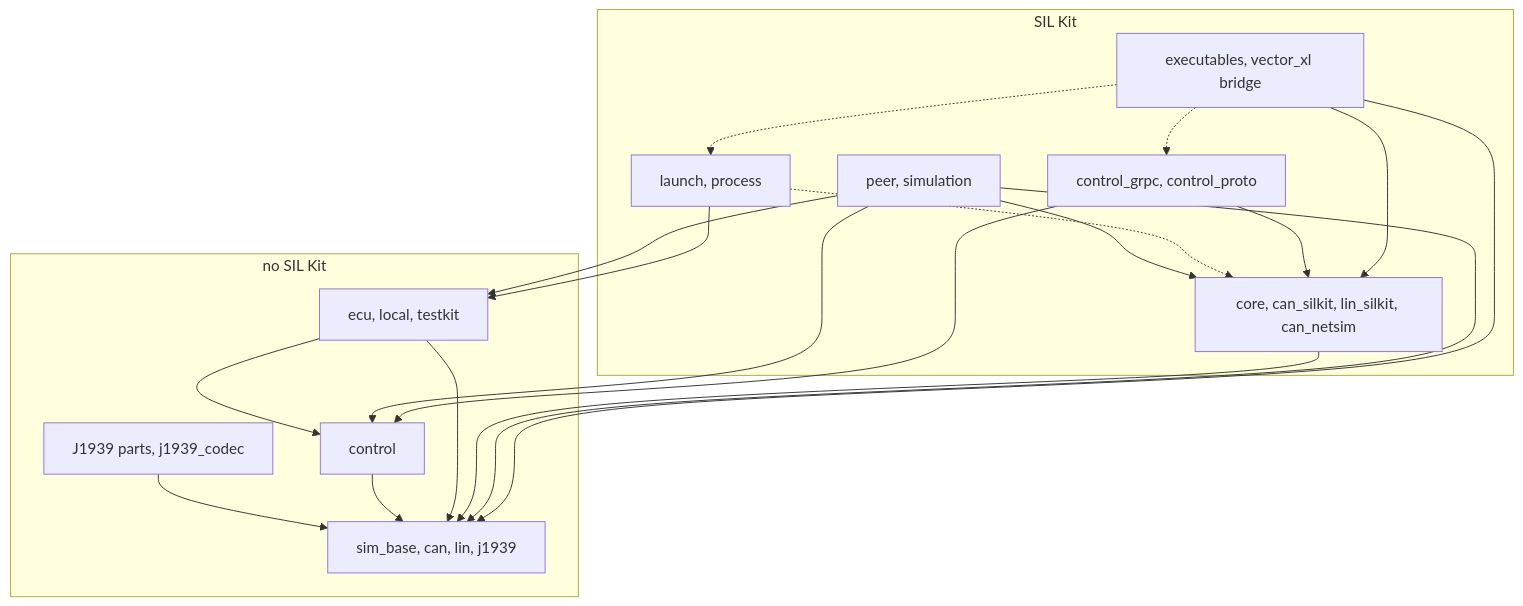
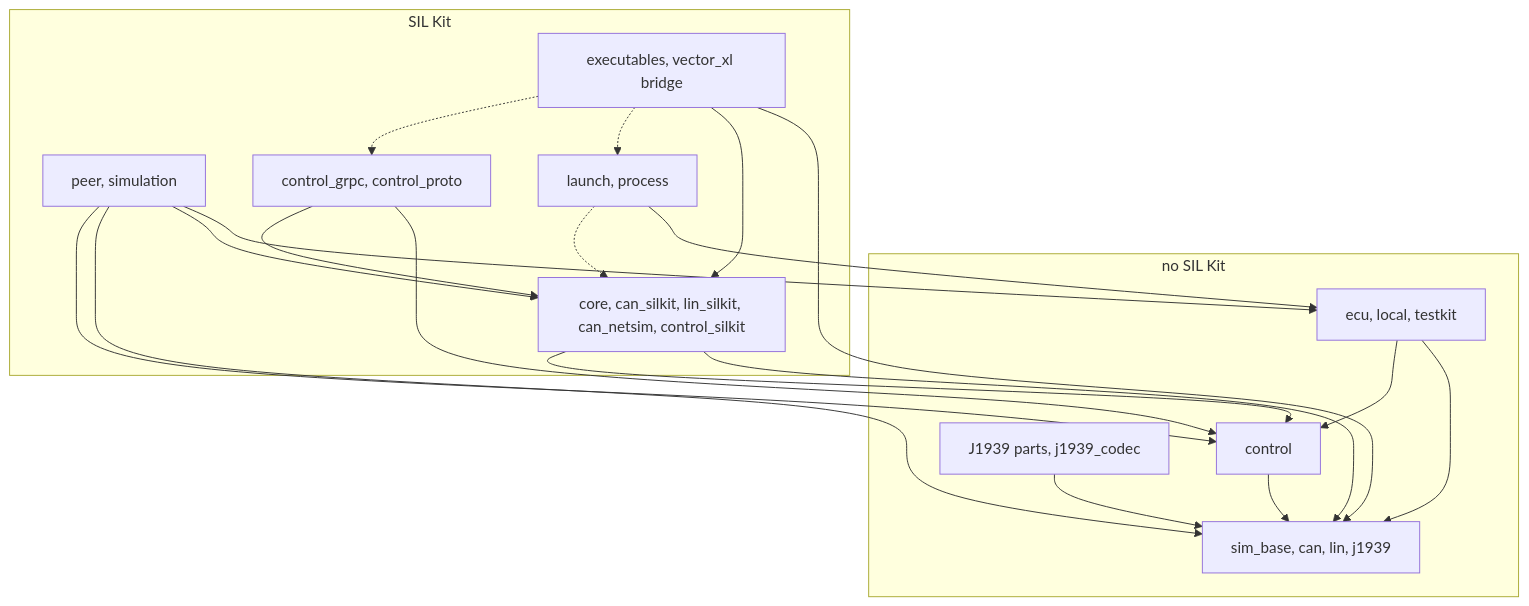
The first of 7 diagrams in docs/code-map.md (rahanahu/vehicle-sil), drawn with Mermaid before and after one commit. The commit also changed other lines of this file and 55 other files, not shown here.

````diff
--- a/docs/code-map.md
+++ b/docs/code-map.md
@@ -57,33 +58,34 @@
 ```mermaid
 flowchart TD
     subgraph no_silkit["no SIL Kit"]
         protocols["sim_base, can, lin, j1939"]
         control["control"]
         j1939_parts["J1939 parts, j1939_codec"]
         app["ecu, local, testkit"]
     end
     subgraph with_silkit["SIL Kit"]
-        bindings["core, can_silkit, lin_silkit, can_netsim"]
+        bindings["core, can_silkit, lin_silkit, can_netsim, control_silkit"]
         run["peer, simulation"]
         launch_process["launch, process"]
         grpc["control_grpc, control_proto"]
         tools["executables, vector_xl bridge"]
     end
     j1939_parts --> protocols
     control --> protocols
     app --> protocols
     app --> control
     bindings --> protocols
+    bindings --> control
     run --> app
     run --> bindings
     run --> protocols
     run --> control
     launch_process --> app
     launch_process -.-> bindings
     grpc --> control
     grpc --> bindings
     tools --> protocols
     tools --> bindings
     tools -.-> launch_process
     tools -.-> grpc
 ```
````
